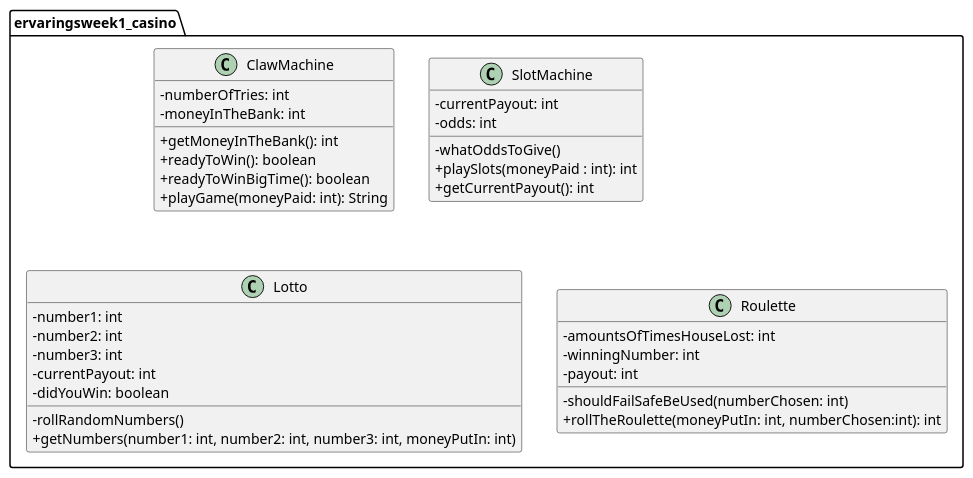
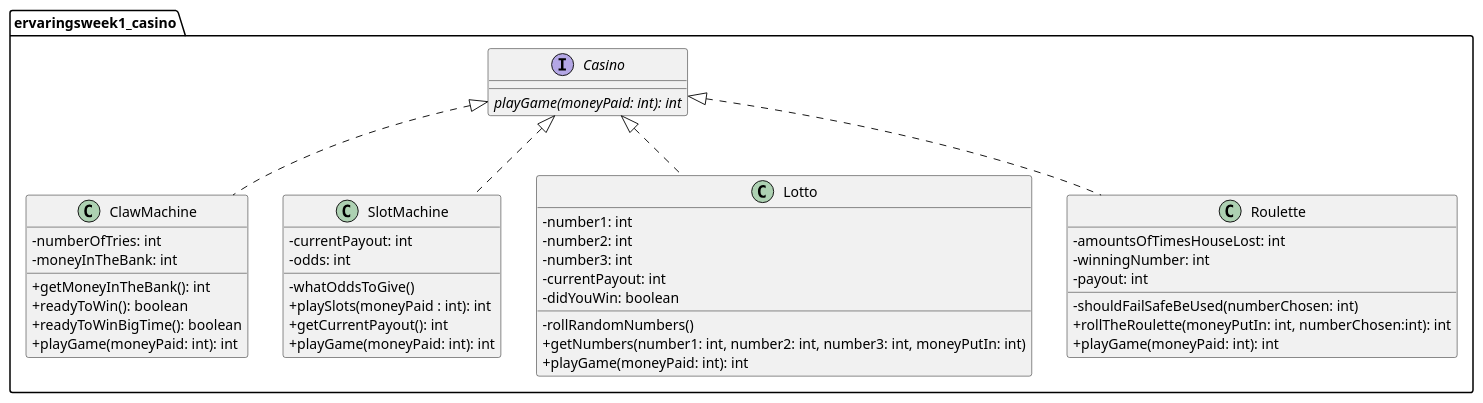
One commit to BramLab/Ervaringsweek1_Casino changed the diagram in Casino/src/be/intecbrussel/ervaringsweek1_casino/casiUML.puml. Above: the diagram before and after it, drawn with PlantUML.

```diff
--- a/Casino/src/be/intecbrussel/ervaringsweek1_casino/casiUML.puml
+++ b/Casino/src/be/intecbrussel/ervaringsweek1_casino/casiUML.puml
@@ -1,44 +1,55 @@
 @startuml
 package "ervaringsweek1_casino" {
 
 skinparam classAttributeIconSize 0
 
-    class ClawMachine {
+
+    interface Casino{
+        {abstract} playGame(moneyPaid: int): int
+
+    }
+
+    class ClawMachine implements Casino{
+
         - numberOfTries: int
         - moneyInTheBank: int
         + getMoneyInTheBank(): int
         + readyToWin(): boolean
         + readyToWinBigTime(): boolean
-        + playGame(moneyPaid: int): String
+        + playGame(moneyPaid: int): int
+
     }
 
-    class SlotMachine {
+    class SlotMachine implements Casino{
         - currentPayout: int
         - odds: int
         - whatOddsToGive()
         + playSlots(moneyPaid : int): int
         + getCurrentPayout(): int
+        + playGame(moneyPaid: int): int
     }
 
-    class Lotto {
+    class Lotto implements Casino{
         - number1: int
         - number2: int
         - number3: int
         - currentPayout: int
         - didYouWin: boolean
         - rollRandomNumbers()
         + getNumbers(number1: int, number2: int, number3: int, moneyPutIn: int)
+        + playGame(moneyPaid: int): int
     }
 
 
-    class Roulette{
+    class Roulette implements Casino{
         - amountsOfTimesHouseLost: int
         - winningNumber: int
         - payout: int
         - shouldFailSafeBeUsed(numberChosen: int)
         + rollTheRoulette(moneyPutIn: int, numberChosen:int): int
+        + playGame(moneyPaid: int): int
     }
 
 
 }
 @endumlml
```
